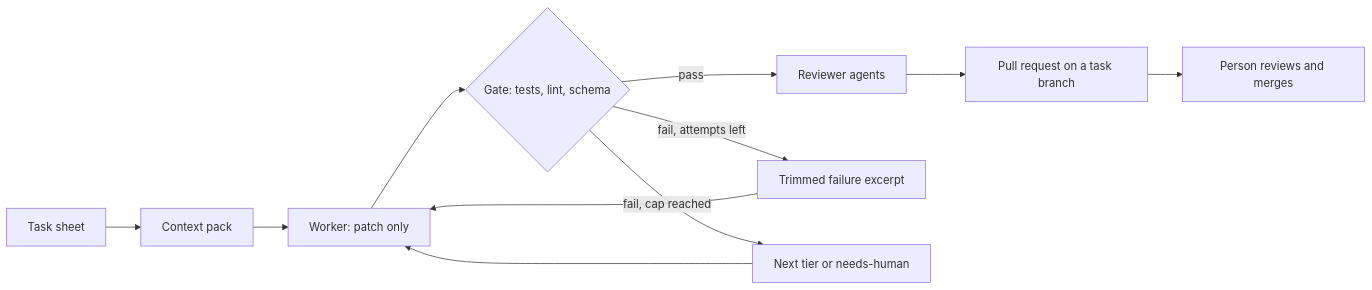
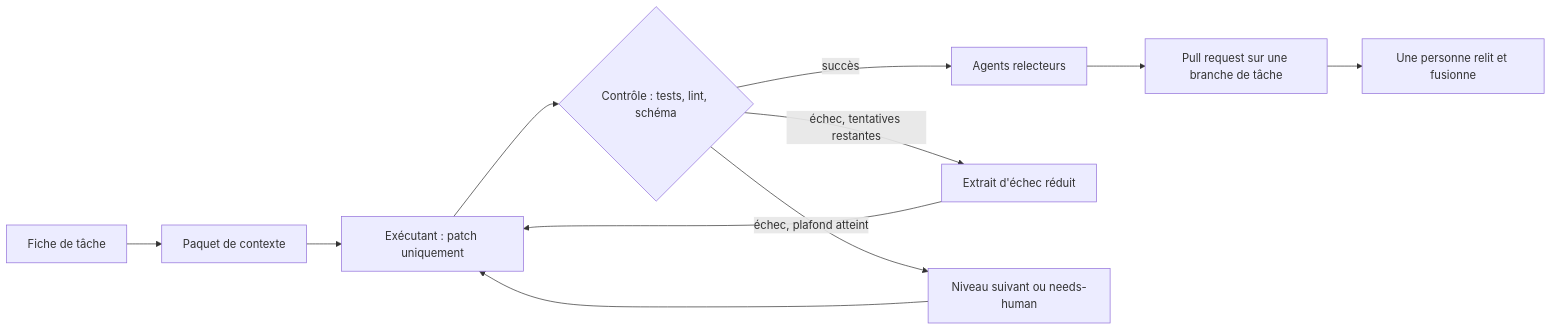
Before and after one commit to rem-lit/SummerAI: the diagram in docs/delegated-loop.md, drawn with Mermaid. The commit also changed other lines of this file and 22 other files, not shown here.

````diff
--- a/docs/delegated-loop.md
+++ b/docs/delegated-loop.md
@@ -44,13 +48,13 @@
 ```mermaid
 flowchart LR
-    task["Task sheet"] --> ctx["Context pack"]
-    ctx --> worker["Worker: patch only"]
-    worker --> gate{"Gate: tests, lint, schema"}
-    gate -- pass --> review["Reviewer agents"]
-    gate -- "fail, attempts left" --> trim["Trimmed failure excerpt"]
+    task["Fiche de tâche"] --> ctx["Paquet de contexte"]
+    ctx --> worker["Exécutant : patch uniquement"]
+    worker --> gate{"Contrôle : tests, lint, schéma"}
+    gate -- succès --> review["Agents relecteurs"]
+    gate -- "échec, tentatives restantes" --> trim["Extrait d'échec réduit"]
     trim --> worker
-    gate -- "fail, cap reached" --> esc["Next tier or needs-human"]
+    gate -- "échec, plafond atteint" --> esc["Niveau suivant ou needs-human"]
     esc --> worker
-    review --> pr["Pull request on a task branch"]
-    pr --> human["Person reviews and merges"]
+    review --> pr["Pull request sur une branche de tâche"]
+    pr --> human["Une personne relit et fusionne"]
 ```
````
